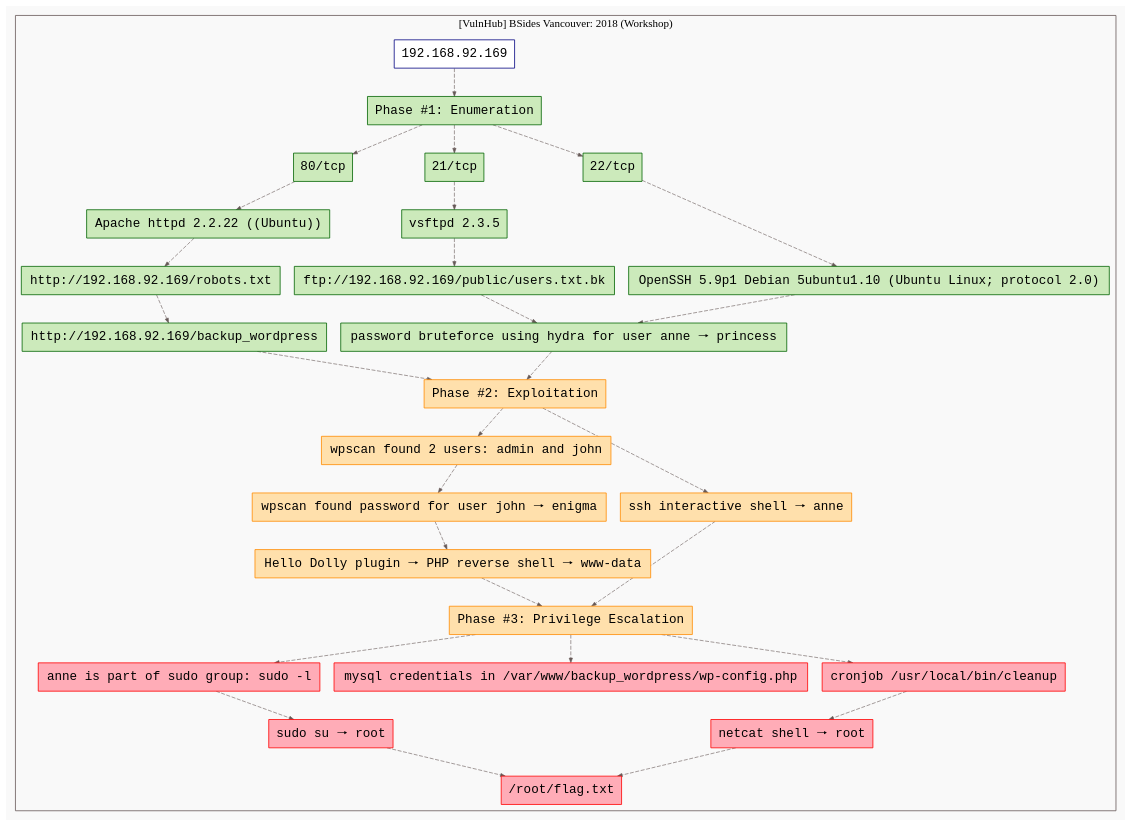
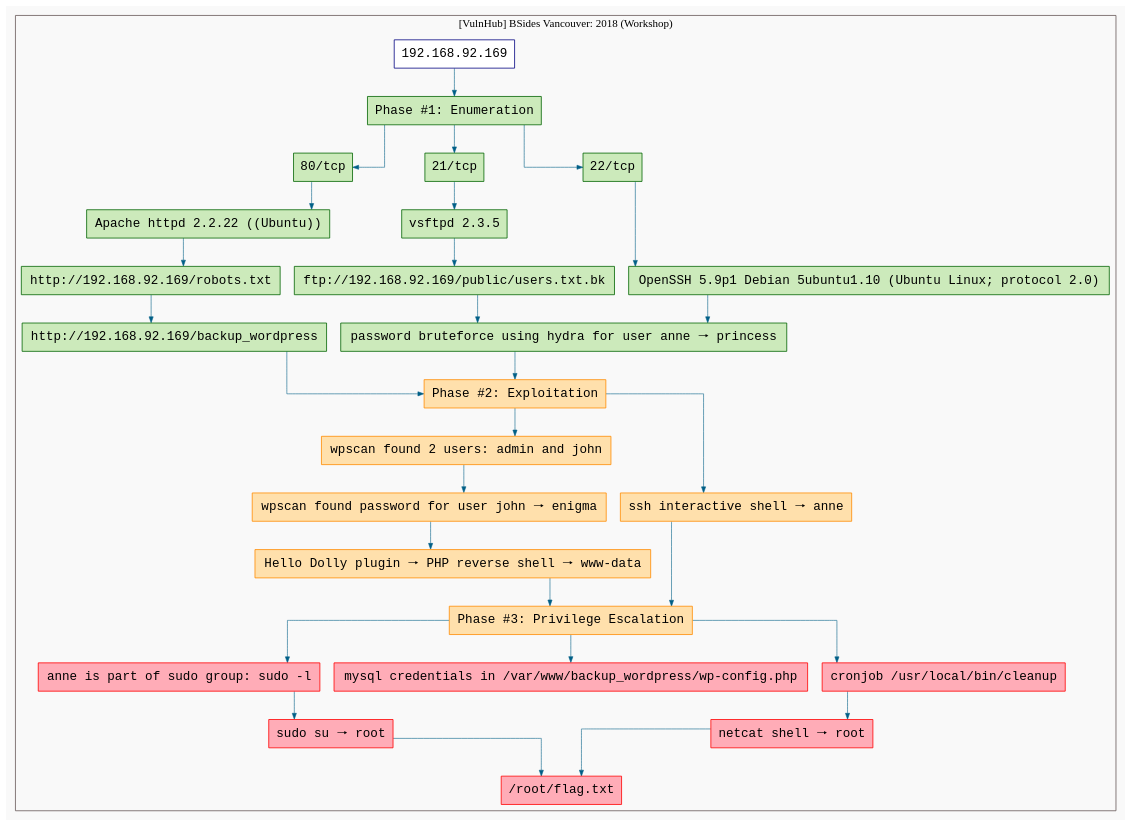
The diagram in test3.dot (7h3rAm/yml2dot), drawn with Graphviz before and after one commit. The commit also changed 6 other files, not shown here.

```diff
--- a/test3.dot
+++ b/test3.dot
@@ -1,64 +1,64 @@
 digraph G {
   #rankdir=LR;
-  nodesdictep=1.0; splines="line"; K=0.6; overlap=scale; fixedsize=true; resolution=72; bgcolor="#f9f9f9"; outputorder="edgesfirst";
+  nodesdictep=1.0; splines="ortho"; K=0.6; overlap=scale; fixedsize=true; resolution=72; bgcolor="#f9f9f9"; outputorder="edgesfirst";
   node [fontname="courier" fontsize=16 shape=box width=0.25 fillcolor="white" style="filled,solid"];
-  edge [style=dashed color="#665957" penwidth=0.75 arrowsize=0.6];
+  edge [style=solid color="#005f87" penwidth=0.75 arrowsize=0.75];
 
   0[label="192.168.92.169" color="navyblue" fillcolor="#ffffff" tooltip="[VulnHub] BSides Vancouver: 2018 (Workshop)"];
   10[label="Phase #3: Privilege Escalation" color="darkorange" fillcolor="#ffe0ac" tooltip="Phase #2:Exploitation"];
   11[label="anne is part of sudo group: sudo -l" color="red" fillcolor="#ffacb7" tooltip="Phase #3:Privilege Escalation"];
   12[label="sudo su 🠒 root" color="red" fillcolor="#ffacb7" tooltip="Phase #3:Privilege Escalation"];
   13[label="/root/flag.txt" color="red" fillcolor="#ffacb7" tooltip="Phase #3:Privilege Escalation"];
   14[label="80/tcp" color="darkgreen" fillcolor="#cceabb" tooltip="Phase #1:Enumeration"];
   15[label="Apache httpd 2.2.22 ((Ubuntu))" color="darkgreen" fillcolor="#cceabb" tooltip="Phase #1:Enumeration"];
   16[label="http://192.168.92.169/robots.txt" color="darkgreen" fillcolor="#cceabb" tooltip="Phase #1:Enumeration"];
   17[label="http://192.168.92.169/backup_wordpress" color="darkgreen" fillcolor="#cceabb" tooltip="Phase #1:Enumeration"];
   18[label="wpscan found 2 users: admin and john" color="darkorange" fillcolor="#ffe0ac" tooltip="Phase #2:Exploitation"];
   19[label="wpscan found password for user john 🠒 enigma" color="darkorange" fillcolor="#ffe0ac" tooltip="Phase #2:Exploitation"];
   1[label="Phase #1: Enumeration" color="darkgreen" fillcolor="#cceabb" tooltip="Phase #1:Enumeration"];
   20[label="Hello Dolly plugin 🠒 PHP reverse shell 🠒 www-data" color="darkorange" fillcolor="#ffe0ac" tooltip="Phase #2:Exploitation"];
   21[label="mysql credentials in /var/www/backup_wordpress/wp-config.php" color="red" fillcolor="#ffacb7" tooltip="Phase #3:Privilege Escalation"];
   22[label="cronjob /usr/local/bin/cleanup" color="red" fillcolor="#ffacb7" tooltip="Phase #3:Privilege Escalation"];
   23[label="netcat shell 🠒 root" color="red" fillcolor="#ffacb7" tooltip="Phase #3:Privilege Escalation"];
   2[label="21/tcp" color="darkgreen" fillcolor="#cceabb" tooltip="Phase #1:Enumeration"];
   3[label="vsftpd 2.3.5" color="darkgreen" fillcolor="#cceabb" tooltip="Phase #1:Enumeration"];
   4[label="ftp://192.168.92.169/public/users.txt.bk" color="darkgreen" fillcolor="#cceabb" tooltip="Phase #1:Enumeration"];
   5[label="password bruteforce using hydra for user anne 🠒 princess" color="darkgreen" fillcolor="#cceabb" tooltip="Phase #1:Enumeration"];
   6[label="22/tcp" color="darkgreen" fillcolor="#cceabb" tooltip="Phase #1:Enumeration"];
   7[label="OpenSSH 5.9p1 Debian 5ubuntu1.10 (Ubuntu Linux; protocol 2.0)" color="darkgreen" fillcolor="#cceabb" tooltip="Phase #1:Enumeration"];
   8[label="Phase #2: Exploitation" color="darkorange" fillcolor="#ffe0ac" tooltip="Phase #2:Exploitation"];
   9[label="ssh interactive shell 🠒 anne" color="darkorange" fillcolor="#ffe0ac" tooltip="Phase #2:Exploitation"];
 
   subgraph cluster_0 {
     node [style="filled,solid"];
     label = "[VulnHub] BSides Vancouver: 2018 (Workshop)";
     color = "#665957";
-    0 -> 1 [color="#665957"];
-    1 -> 14 [color="#665957"];
-    1 -> 2 [color="#665957"];
-    1 -> 6 [color="#665957"];
-    10 -> 11 [color="#665957"];
-    10 -> 21 [color="#665957"];
-    10 -> 22 [color="#665957"];
-    11 -> 12 [color="#665957"];
-    12 -> 13 [color="#665957"];
-    14 -> 15 [color="#665957"];
-    15 -> 16 [color="#665957"];
-    16 -> 17 [color="#665957"];
-    17 -> 8 [color="#665957"];
-    18 -> 19 [color="#665957"];
-    19 -> 20 [color="#665957"];
-    2 -> 3 [color="#665957"];
-    20 -> 10 [color="#665957"];
-    22 -> 23 [color="#665957"];
-    23 -> 13 [color="#665957"];
-    3 -> 4 [color="#665957"];
-    4 -> 5 [color="#665957"];
-    5 -> 8 [color="#665957"];
-    6 -> 7 [color="#665957"];
-    7 -> 5 [color="#665957"];
-    8 -> 18 [color="#665957"];
-    8 -> 9 [color="#665957"];
-    9 -> 10 [color="#665957"];
+    0 -> 1 [color="#005f87"];
+    1 -> 14 [color="#005f87"];
+    1 -> 2 [color="#005f87"];
+    1 -> 6 [color="#005f87"];
+    10 -> 11 [color="#005f87"];
+    10 -> 21 [color="#005f87"];
+    10 -> 22 [color="#005f87"];
+    11 -> 12 [color="#005f87"];
+    12 -> 13 [color="#005f87"];
+    14 -> 15 [color="#005f87"];
+    15 -> 16 [color="#005f87"];
+    16 -> 17 [color="#005f87"];
+    17 -> 8 [color="#005f87"];
+    18 -> 19 [color="#005f87"];
+    19 -> 20 [color="#005f87"];
+    2 -> 3 [color="#005f87"];
+    20 -> 10 [color="#005f87"];
+    22 -> 23 [color="#005f87"];
+    23 -> 13 [color="#005f87"];
+    3 -> 4 [color="#005f87"];
+    4 -> 5 [color="#005f87"];
+    5 -> 8 [color="#005f87"];
+    6 -> 7 [color="#005f87"];
+    7 -> 5 [color="#005f87"];
+    8 -> 18 [color="#005f87"];
+    8 -> 9 [color="#005f87"];
+    9 -> 10 [color="#005f87"];
   }
 }
```
